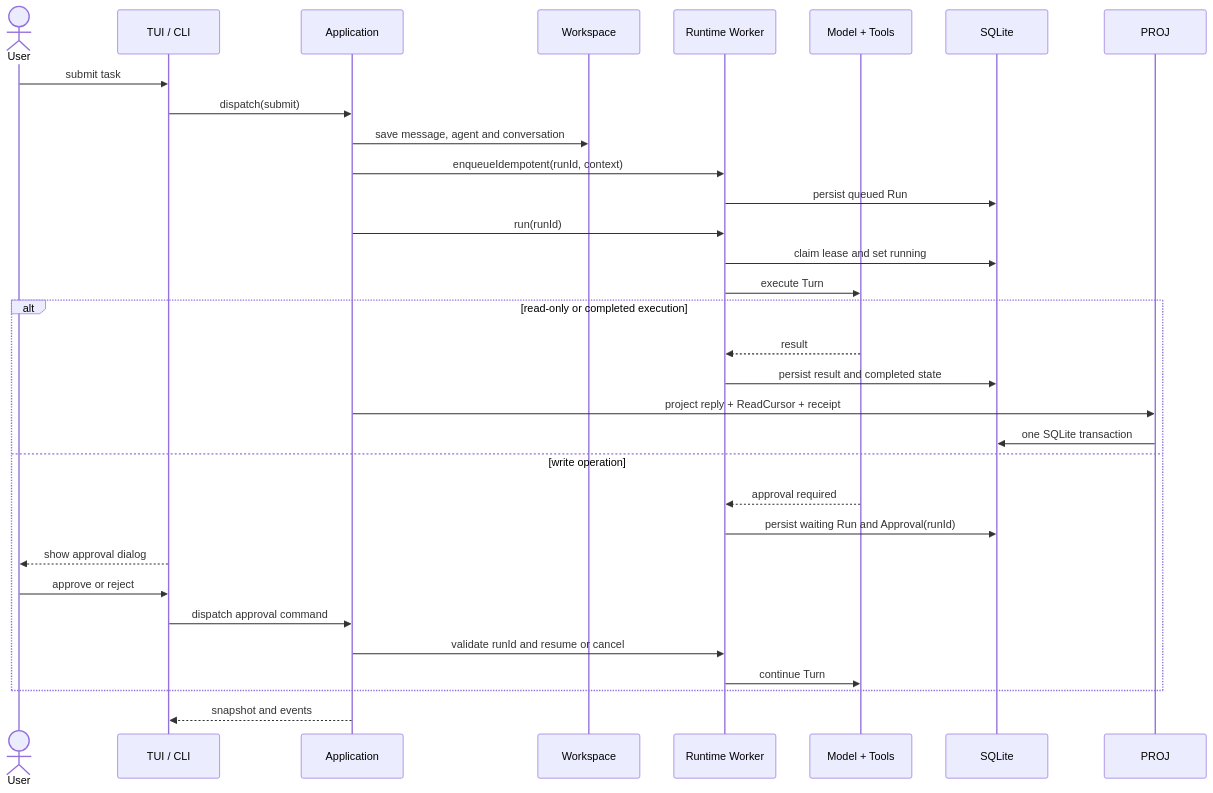
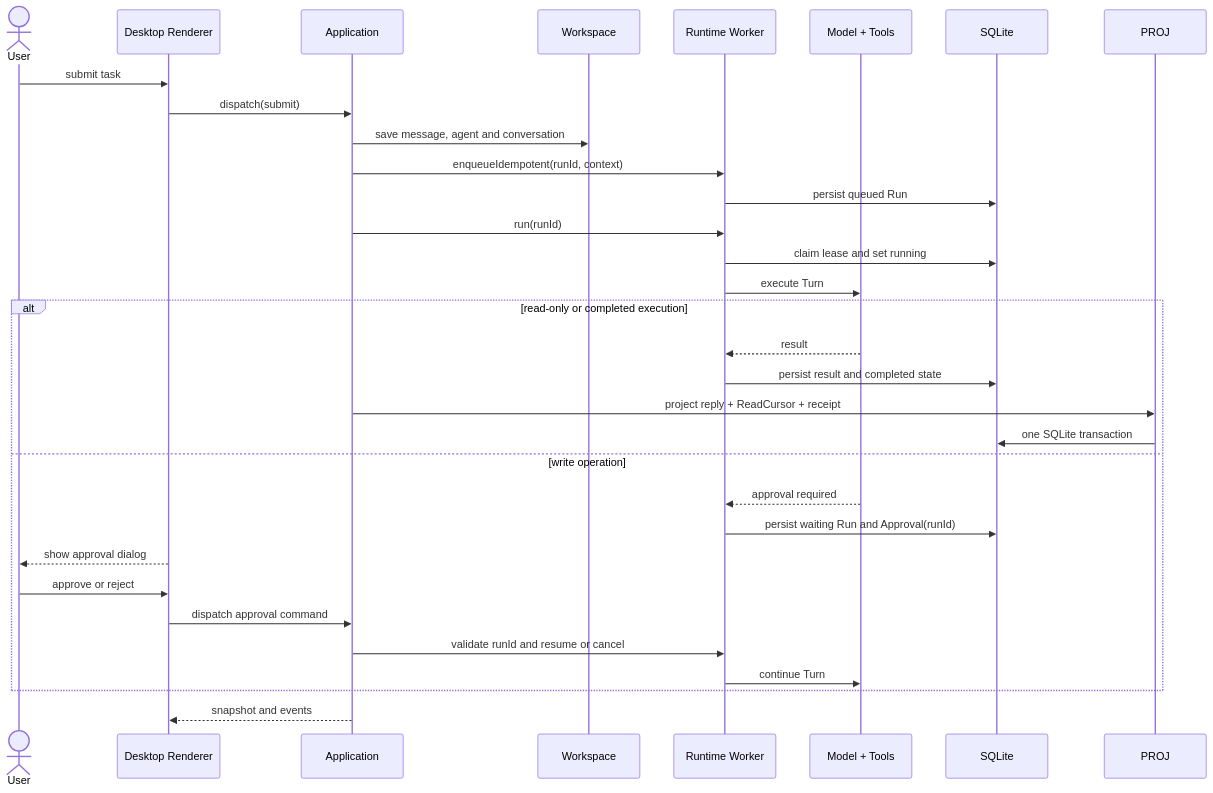
Before and after one commit to ShawnDen-coder/fastmpa: the second of 3 diagrams in docs/ARCHITECTURE.md, drawn with Mermaid. The commit also changed other lines of this file and 36 other files, not shown here.

Commit message:
Migrate FastMPA from TUI to Electron Desktop

````diff
--- a/docs/ARCHITECTURE.md
+++ b/docs/ARCHITECTURE.md
@@ -39,34 +41,34 @@
 ```mermaid
 sequenceDiagram
     actor User
-    participant UI as TUI / CLI
+    participant UI as Desktop Renderer
     participant App as Application
     participant WS as Workspace
     participant RT as Runtime Worker
     participant Model as Model + Tools
     participant DB as SQLite
 
     User->>UI: submit task
     UI->>App: dispatch(submit)
     App->>WS: save message, agent and conversation
     App->>RT: enqueueIdempotent(runId, context)
     RT->>DB: persist queued Run
     App->>RT: run(runId)
     RT->>DB: claim lease and set running
     RT->>Model: execute Turn
     alt read-only or completed execution
         Model-->>RT: result
         RT->>DB: persist result and completed state
         App->>PROJ: project reply + ReadCursor + receipt
         PROJ->>DB: one SQLite transaction
     else write operation
         Model-->>RT: approval required
         RT->>DB: persist waiting Run and Approval(runId)
         UI-->>User: show approval dialog
         User->>UI: approve or reject
         UI->>App: dispatch approval command
         App->>RT: validate runId and resume or cancel
         RT->>Model: continue Turn
     end
     App-->>UI: snapshot and events
 ```
````
